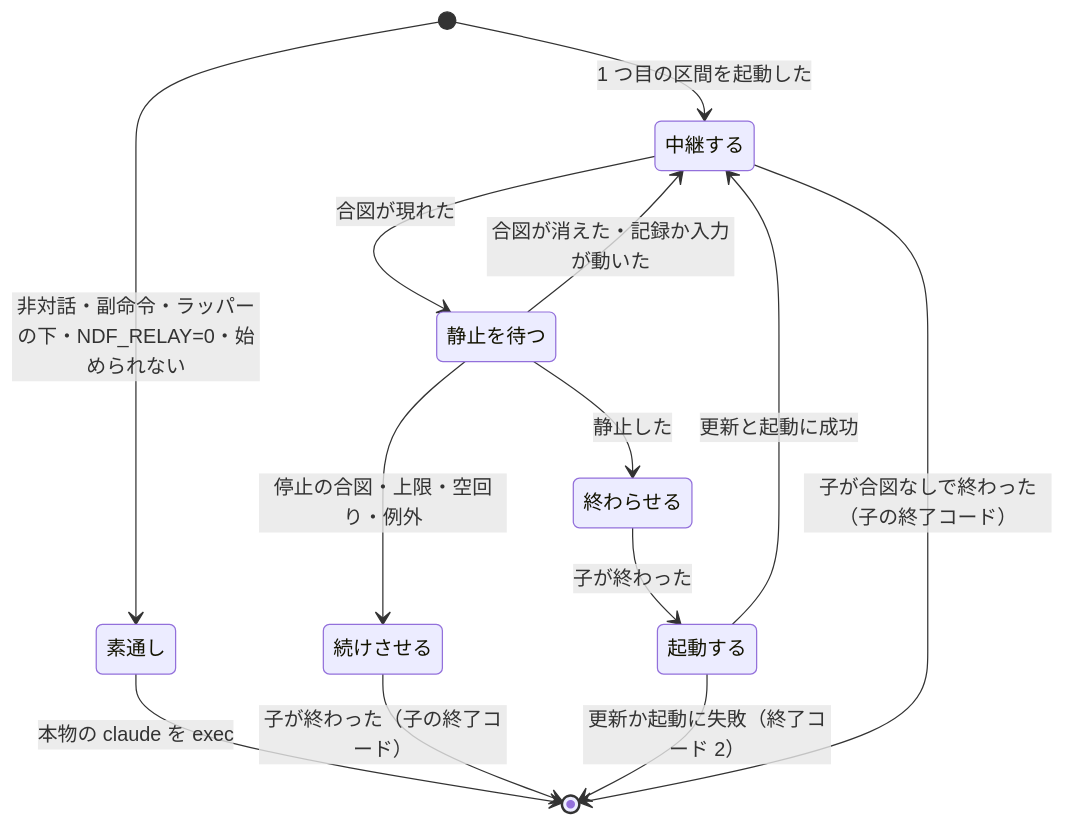
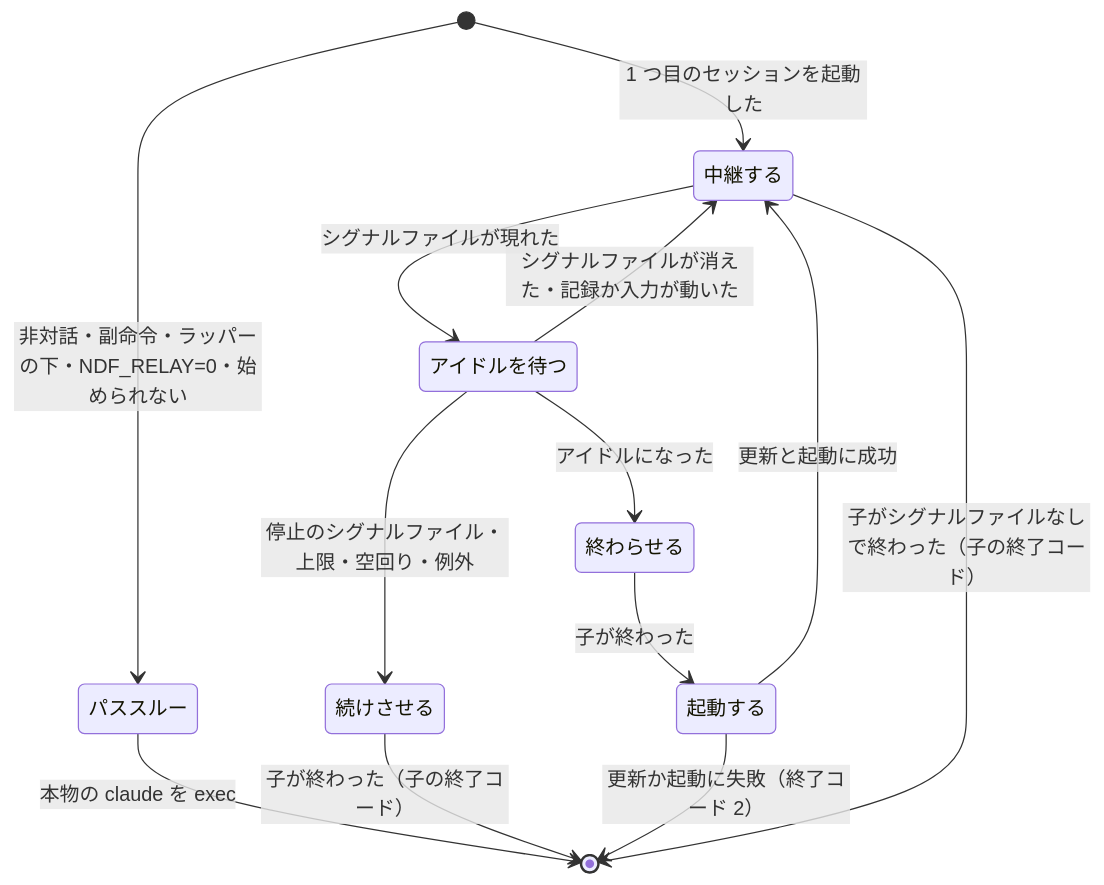
The second of 2 diagrams in docs/specifications/ndf-relay-segment-restart.md (devbasex/ai-plugins), drawn with Mermaid before and after one commit. The commit also changed other lines of this file, not shown here.

````diff
--- a/docs/specifications/ndf-relay-segment-restart.md
+++ b/docs/specifications/ndf-relay-segment-restart.md
@@ -210,15 +210,15 @@
 ```mermaid
 stateDiagram-v2
-    [*] --> 素通し: 非対話・副命令・ラッパーの下・NDF_RELAY=0・始められない
-    素通し --> [*]: 本物の claude を exec
-    [*] --> 中継する: 1 つ目の区間を起動した
-    中継する --> 静止を待つ: 合図が現れた
-    静止を待つ --> 中継する: 合図が消えた・記録か入力が動いた
-    静止を待つ --> 続けさせる: 停止の合図・上限・空回り・例外
-    静止を待つ --> 終わらせる: 静止した
+    [*] --> パススルー: 非対話・副命令・ラッパーの下・NDF_RELAY=0・始められない
+    パススルー --> [*]: 本物の claude を exec
+    [*] --> 中継する: 1 つ目のセッションを起動した
+    中継する --> アイドルを待つ: シグナルファイルが現れた
+    アイドルを待つ --> 中継する: シグナルファイルが消えた・記録か入力が動いた
+    アイドルを待つ --> 続けさせる: 停止のシグナルファイル・上限・空回り・例外
+    アイドルを待つ --> 終わらせる: アイドルになった
     続けさせる --> [*]: 子が終わった（子の終了コード）
     終わらせる --> 起動する: 子が終わった
     起動する --> 中継する: 更新と起動に成功
     起動する --> [*]: 更新か起動に失敗（終了コード 2）
-    中継する --> [*]: 子が合図なしで終わった（子の終了コード）
+    中継する --> [*]: 子がシグナルファイルなしで終わった（子の終了コード）
 ```
````
